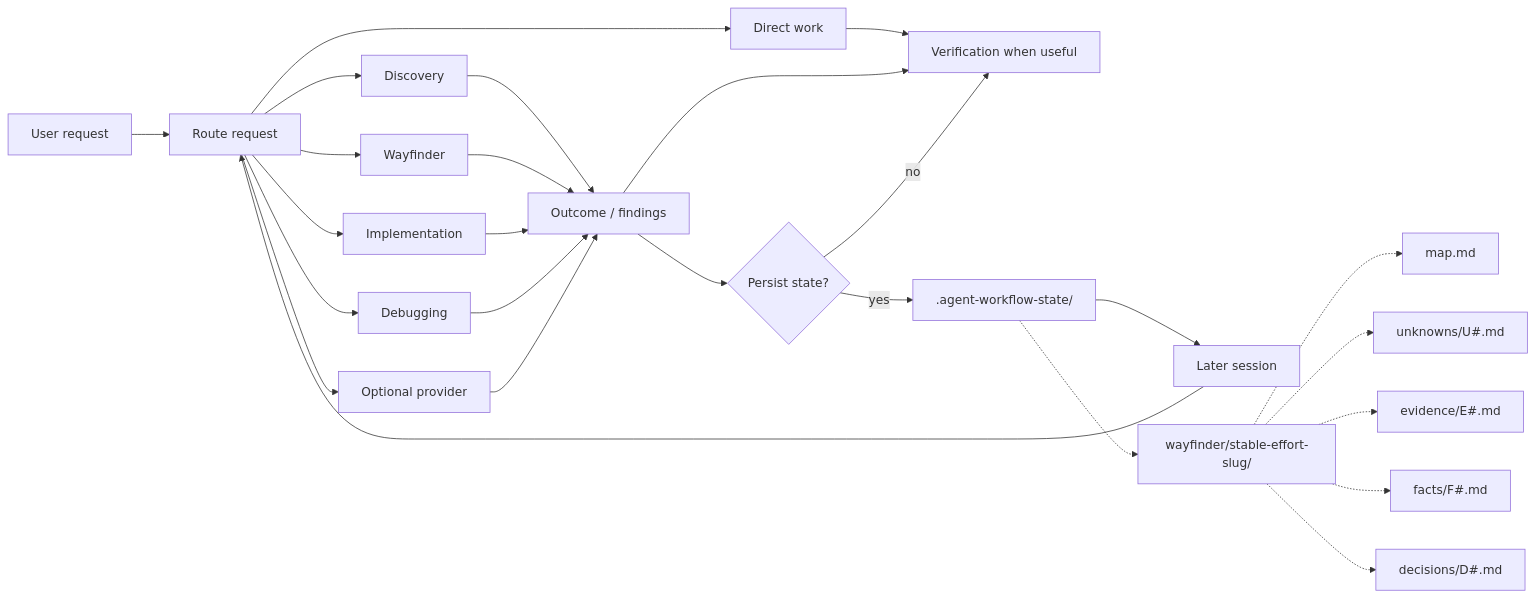
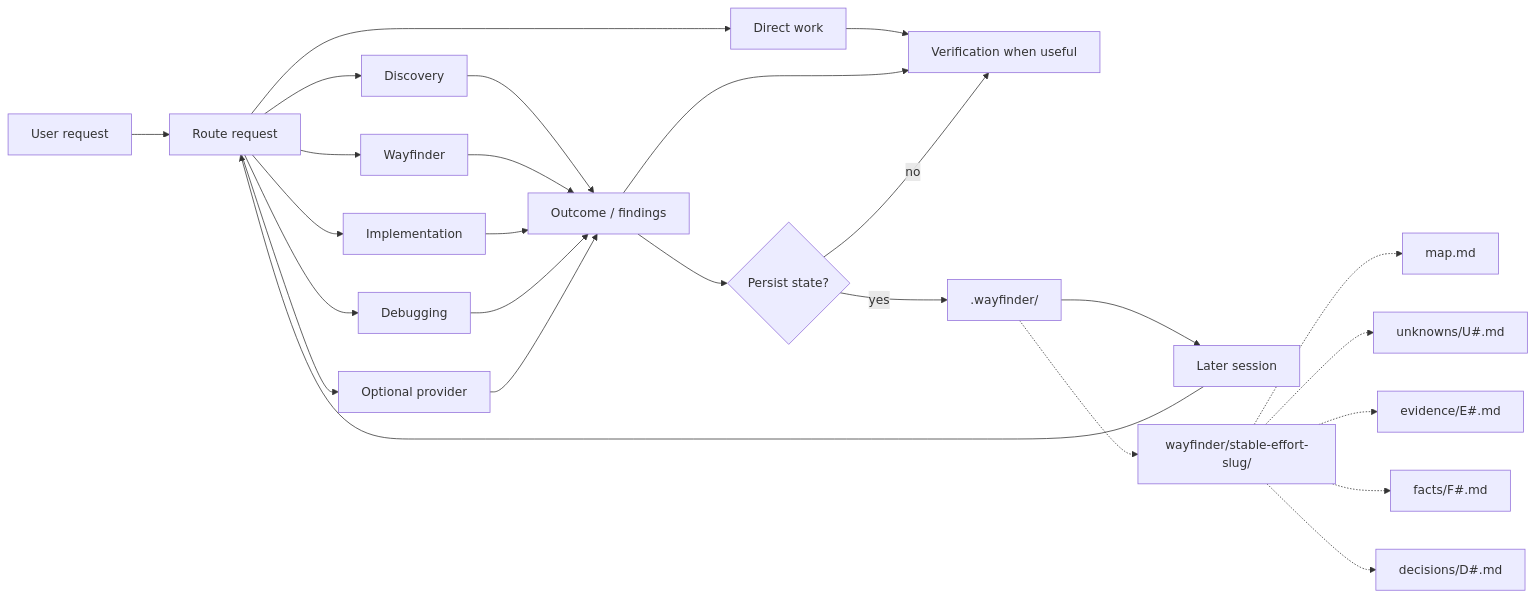
The diagram in README.md (jimmfan/agentic-workflow), drawn with Mermaid before and after one commit. The commit also changed other lines of this file and 151 other files, not shown here.

````diff
--- a/README.md
+++ b/README.md
@@ -53,35 +53,35 @@
 ```mermaid
 flowchart LR
     request["User request"] --> router["Route request"]
 
     router --> direct["Direct work"]
     router --> discovery["Discovery"]
     router --> wayfinder["Wayfinder"]
     router --> implementation["Implementation"]
     router --> debugging["Debugging"]
     router --> provider["Optional provider"]
 
     discovery --> result["Outcome / findings"]
     wayfinder --> result
     implementation --> result
     debugging --> result
     provider --> result
 
     direct --> verify["Verification when useful"]
     result --> verify
 
     result --> durable{"Persist state?"}
     durable -->|no| verify
-    durable -->|yes| state[".agent-workflow-state/"]
+    durable -->|yes| state[".wayfinder/"]
 
     state --> resume["Later session"]
     resume --> router
 
     state -.-> wfstate["wayfinder/stable-effort-slug/"]
     wfstate -.-> map["map.md"]
     wfstate -.-> unknowns["unknowns/U#.md"]
     wfstate -.-> evidence["evidence/E#.md"]
     wfstate -.-> facts["facts/F#.md"]
     wfstate -.-> decisions["decisions/D#.md"]
 
 ```
````
